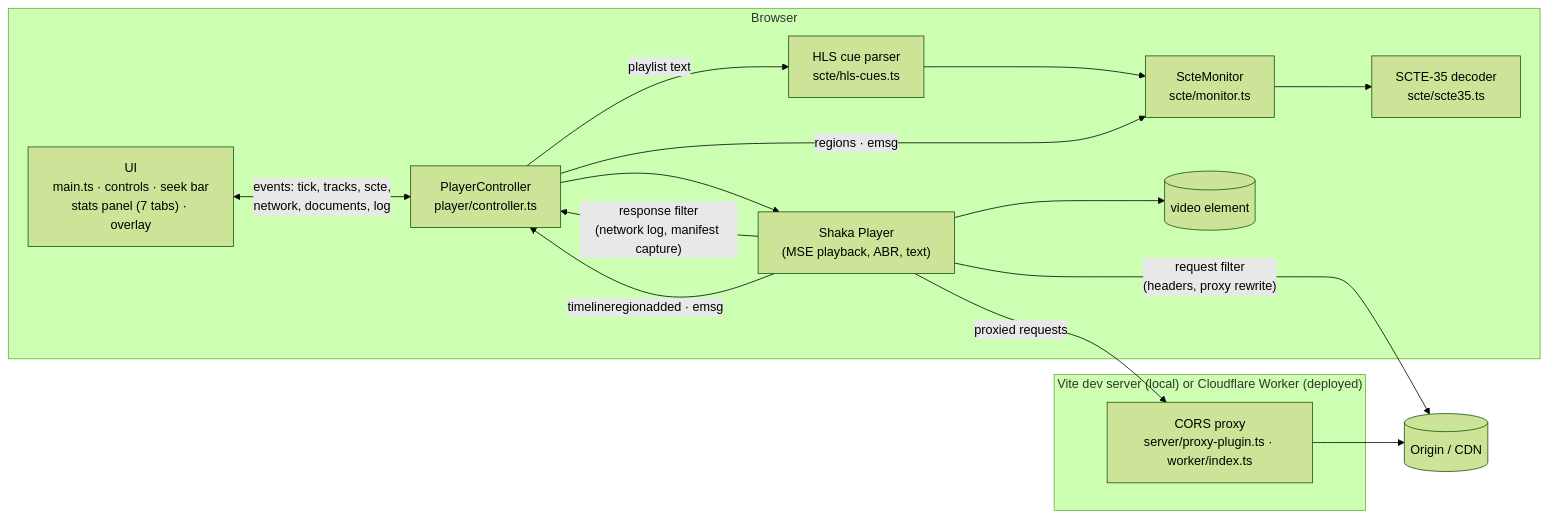
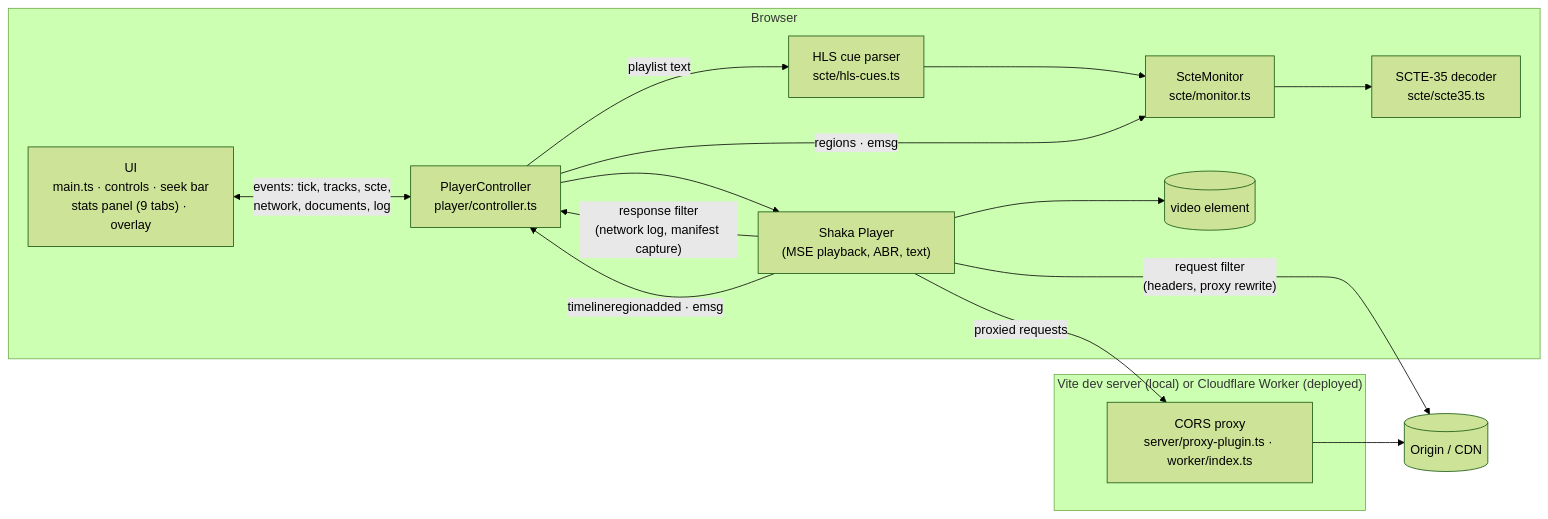
Before and after one commit to garghe/simple-abr-player: the first of 2 diagrams in README.md, drawn with Mermaid (forest theme). The commit also changed other lines of this file and 17 other files, not shown here.

````diff
--- a/README.md
+++ b/README.md
@@ -375,26 +375,26 @@
 ```mermaid
 flowchart LR
   subgraph Browser
-    UI["UI<br/>main.ts · controls · seek bar<br/>stats panel (7 tabs) · overlay"]
+    UI["UI<br/>main.ts · controls · seek bar<br/>stats panel (9 tabs) · overlay"]
     PC["PlayerController<br/>player/controller.ts"]
     SM["ScteMonitor<br/>scte/monitor.ts"]
     DEC["SCTE-35 decoder<br/>scte/scte35.ts"]
     HLS["HLS cue parser<br/>scte/hls-cues.ts"]
     SHAKA["Shaka Player<br/>(MSE playback, ABR, text)"]
     VIDEO[("video element")]
   end
   subgraph "Vite dev server (local) or Cloudflare Worker (deployed)"
     PROXY["CORS proxy<br/>server/proxy-plugin.ts · worker/index.ts"]
   end
   CDN[("Origin / CDN")]
 
   UI <-- "events: tick, tracks, scte,<br/>network, documents, log" --> PC
   PC --> SHAKA --> VIDEO
   SHAKA -- "request filter<br/>(headers, proxy rewrite)" --> CDN
   SHAKA -- "proxied requests" --> PROXY --> CDN
   SHAKA -- "response filter<br/>(network log, manifest capture)" --> PC
   SHAKA -- "timelineregionadded · emsg" --> PC
   PC -- "playlist text" --> HLS --> SM
   PC -- "regions · emsg" --> SM
   SM --> DEC
 ```
````
